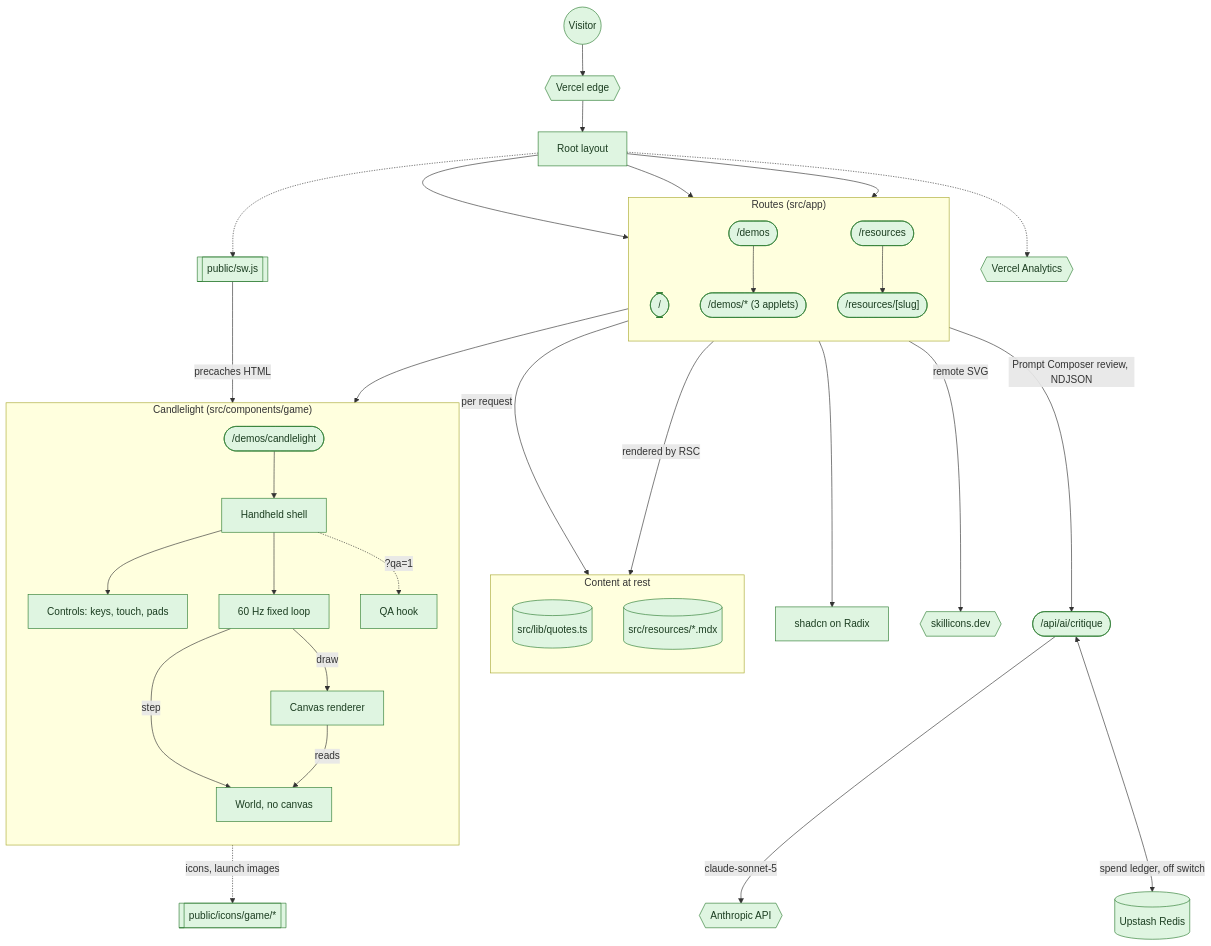
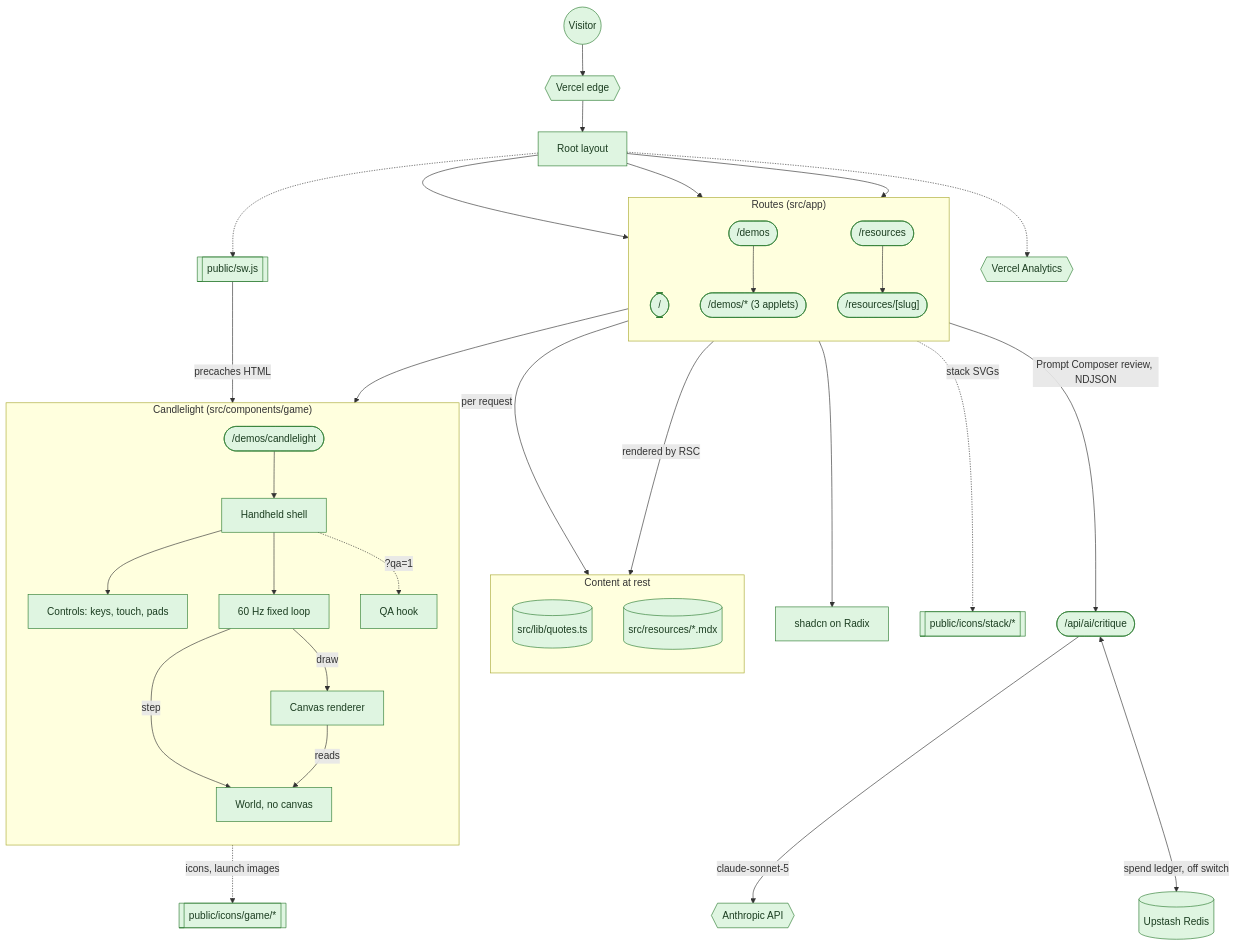
Before and after one commit to cooperability/cooperability.com: the first of 2 diagrams in README.md, drawn with Mermaid. The commit also changed other lines of this file and 28 other files, not shown here.

````diff
--- a/README.md
+++ b/README.md
@@ -15,70 +15,70 @@
 ```mermaid
 flowchart TB
   classDef built fill:#dff5e1,stroke:#2e7d32,color:#1b3d20
   classDef planned fill:#f2f2f2,stroke:#9e9e9e,color:#3d3d3d,stroke-dasharray:4 3
 
   visitor((Visitor)):::built
   edge{{"Vercel edge"}}:::built
   layout["Root layout"]:::built
 
   subgraph routes ["Routes (src/app)"]
     direction TB
     home(["/"]):::built
     demos(["/demos"]):::built
     applets(["/demos/* (3 applets)"]):::built
     reslist(["/resources"]):::built
     resdoc(["/resources/[slug]"]):::built
   end
 
   subgraph content ["Content at rest"]
     direction TB
     quotes[("src/lib/quotes.ts")]:::built
     mdx[("src/resources/*.mdx")]:::built
   end
 
   subgraph candle ["Candlelight (src/components/game)"]
     direction TB
     game(["/demos/candlelight"]):::built
     shell["Handheld shell"]:::built
     controls["Controls: keys, touch, pads"]:::built
     loop["60 Hz fixed loop"]:::built
     world["World, no canvas"]:::built
     renderer["Canvas renderer"]:::built
     qa["QA hook"]:::built
   end
   gameart[["public/icons/game/*"]]:::built
 
   ui["shadcn on Radix"]:::built
   sw[["public/sw.js"]]:::built
-  icons{{"skillicons.dev"}}:::built
+  icons[["public/icons/stack/*"]]:::built
   vitals{{"Vercel Analytics"}}:::built
   ai(["/api/ai/critique"]):::built
   anthropic{{"Anthropic API"}}:::built
   kv[("Upstash Redis")]:::built
 
   visitor --> edge --> layout
   layout --> home
   layout --> demos
   layout --> reslist
   demos --> applets
   demos --> game
   game --> shell
   shell --> controls
   shell --> loop
   loop -->|step| world
   loop -->|draw| renderer
   renderer -->|reads| world
   shell -.->|"?qa=1"| qa
   game -.->|"icons, launch images"| gameart
   sw -->|precaches HTML| game
   reslist --> resdoc
   home -->|per request| quotes
   resdoc -->|"rendered by RSC"| mdx
   applets --> ui
-  demos -->|remote SVG| icons
+  demos -.->|"stack SVGs"| icons
   layout -.-> sw
   layout -.-> vitals
   applets -->|"Prompt Composer review, NDJSON"| ai
   ai -->|claude-sonnet-5| anthropic
   ai <-->|"spend ledger, off switch"| kv
 ```
````
